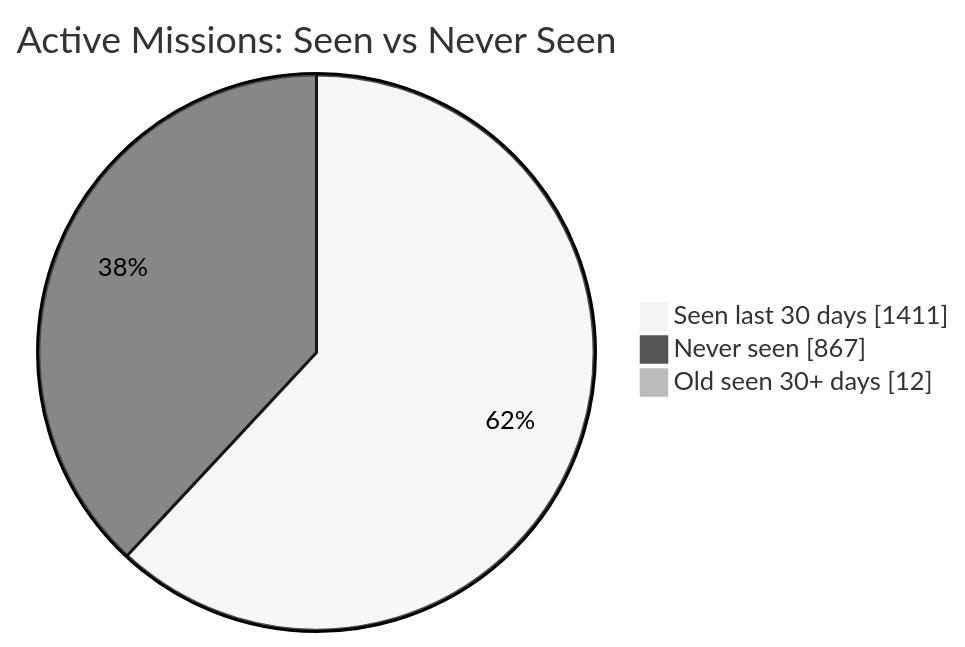
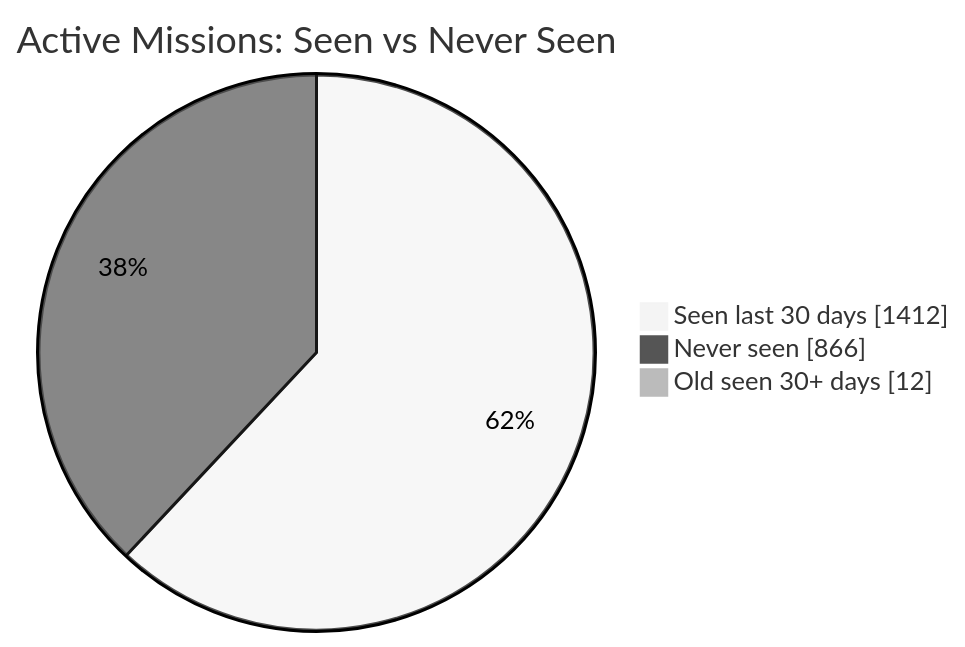
The first of 2 diagrams in README.md (MeldkamerspelGameTeam/active-missions), drawn with Mermaid (neutral theme) before and after one commit. The commit also changed other lines of this file and 3 other files, not shown here.

````diff
--- a/README.md
+++ b/README.md
@@ -34,7 +34,7 @@
 ```mermaid
 pie showData
     title Active Missions: Seen vs Never Seen
-    "Seen last 30 days" : 1411
-    "Never seen" : 867
+    "Seen last 30 days" : 1412
+    "Never seen" : 866
     "Old seen 30+ days" : 12
 ```
````
